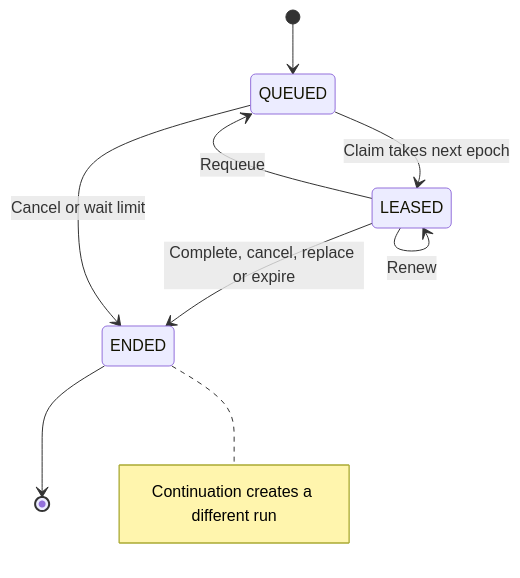
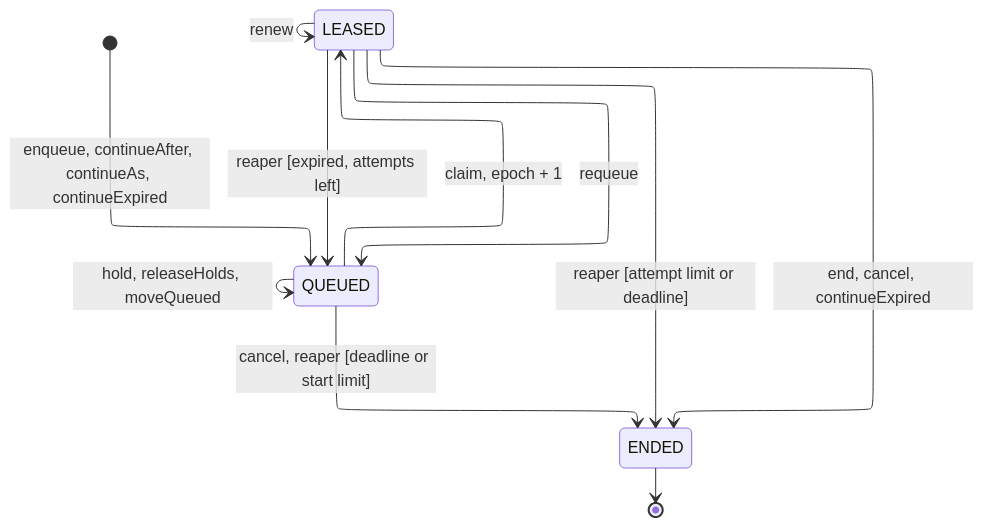
The first of 2 diagrams in docs/contributor/agent-runs.mdx (hephaestus-build/Hephaestus), drawn with Mermaid before and after one commit. The commit also changed other lines of this file and 50 other files, not shown here.

First line of the commit message:
docs: system diagrams of Hephaestus at several levels of detail

````diff
--- a/docs/contributor/agent-runs.mdx
+++ b/docs/contributor/agent-runs.mdx
@@ -23,13 +28,20 @@
 ```mermaid
+---
+config:
+  layout: elk
+---
 stateDiagram-v2
-    accTitle: Agent run lifecycle
-    accDescr: A queued run can be leased or ended. A lease can renew, requeue, or end. Continued work uses a new run.
-    [*] --> QUEUED
-    QUEUED --> LEASED: Claim takes next epoch
-    LEASED --> LEASED: Renew
-    LEASED --> QUEUED: Requeue
-    LEASED --> ENDED: Complete, cancel, replace or expire
-    QUEUED --> ENDED: Cancel or wait limit
+    direction TB
+    accTitle: Lifecycle of an agent run
+    accDescr: enqueue or a continuation creates a run in QUEUED. A hold, a release of holds or a move to another subject keeps it QUEUED. A claim leases it and raises its epoch. A renewal keeps it LEASED. The holder's requeue, or the reaper for an expired lease with attempts left, queues it again. It ends by the holder's end, by a cancel, by a replacement when its continuation takes over an expired lease, or by the reaper at its attempt limit or deadline. A queued run ends by a cancel, or by the reaper past its deadline or start limit.
+    [*] --> QUEUED: enqueue, continueAfter, continueAs, continueExpired
+    QUEUED --> QUEUED: hold, releaseHolds, moveQueued
+    QUEUED --> LEASED: claim, epoch + 1
+    LEASED --> LEASED: renew
+    LEASED --> QUEUED: requeue
+    LEASED --> QUEUED: reaper [expired, attempts left]
+    LEASED --> ENDED: end, cancel, continueExpired
+    LEASED --> ENDED: reaper [attempt limit or deadline]
+    QUEUED --> ENDED: cancel, reaper [deadline or start limit]
     ENDED --> [*]
-    note right of ENDED: Continuation creates a different run
 ```
````
